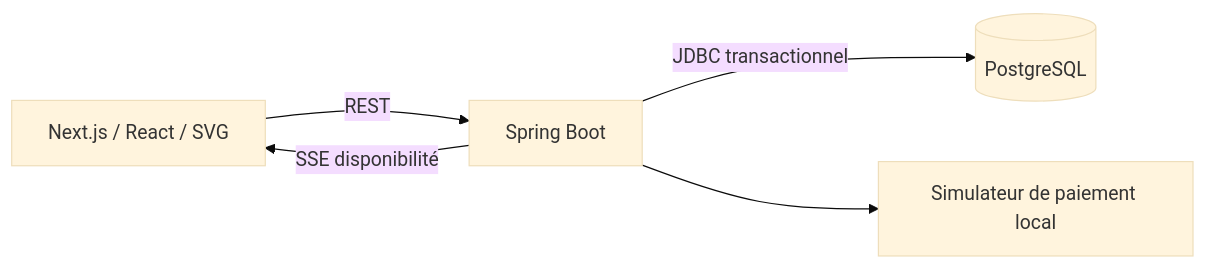
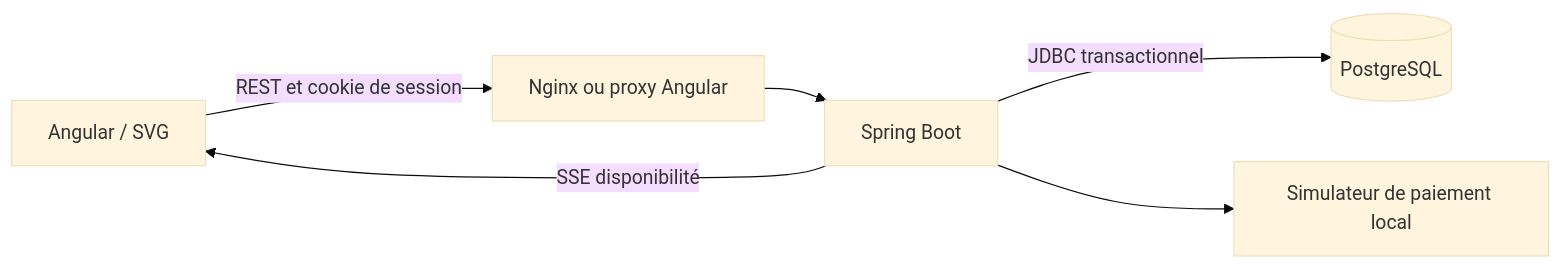
The first of 6 diagrams in docs/ARCHITECTURE.md (yalloul/seatflow), drawn with Mermaid (base theme) before and after one commit. The commit also changed other lines of this file and 33 other files, not shown here.

````diff
--- a/docs/ARCHITECTURE.md
+++ b/docs/ARCHITECTURE.md
@@ -7,7 +7,8 @@
 ```mermaid
 flowchart LR
- UI[Next.js / React / SVG] -->|REST| API[Spring Boot]
+ UI[Angular / SVG] -->|REST et cookie de session| PROXY[Nginx ou proxy Angular]
+ PROXY --> API[Spring Boot]
  API -->|JDBC transactionnel| PG[(PostgreSQL)]
  API -->|SSE disponibilité| UI
  API --> PAY[Simulateur de paiement local]
 ```
````
